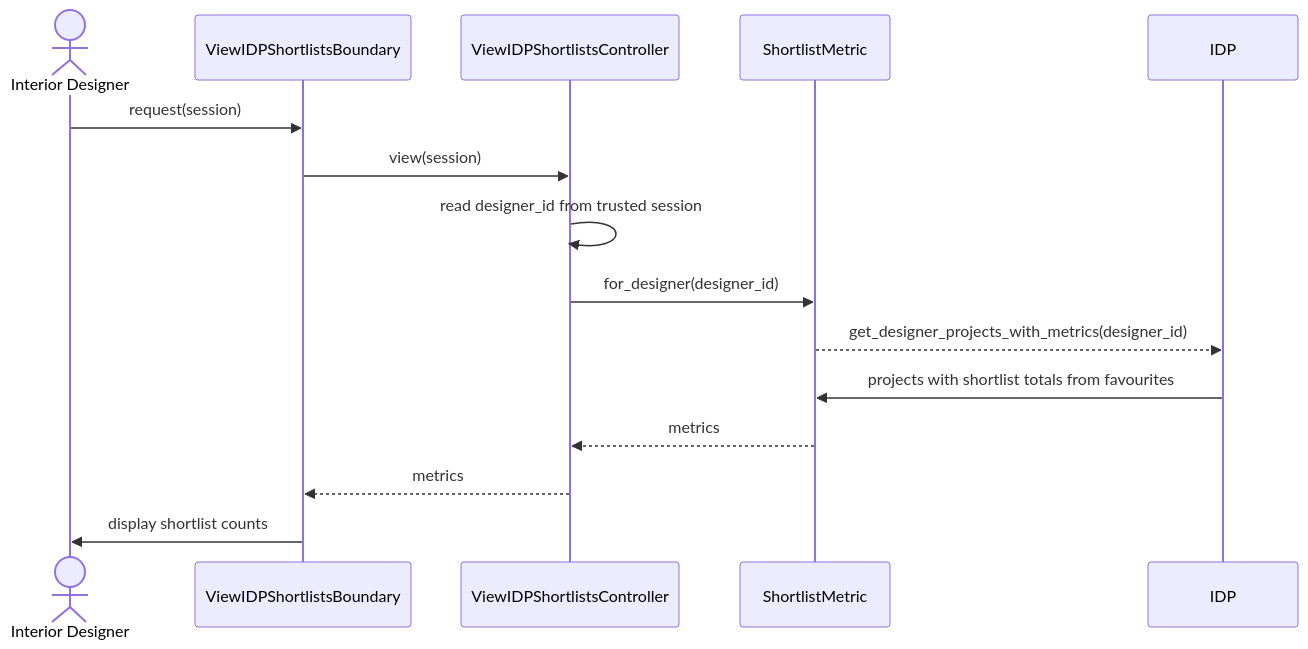
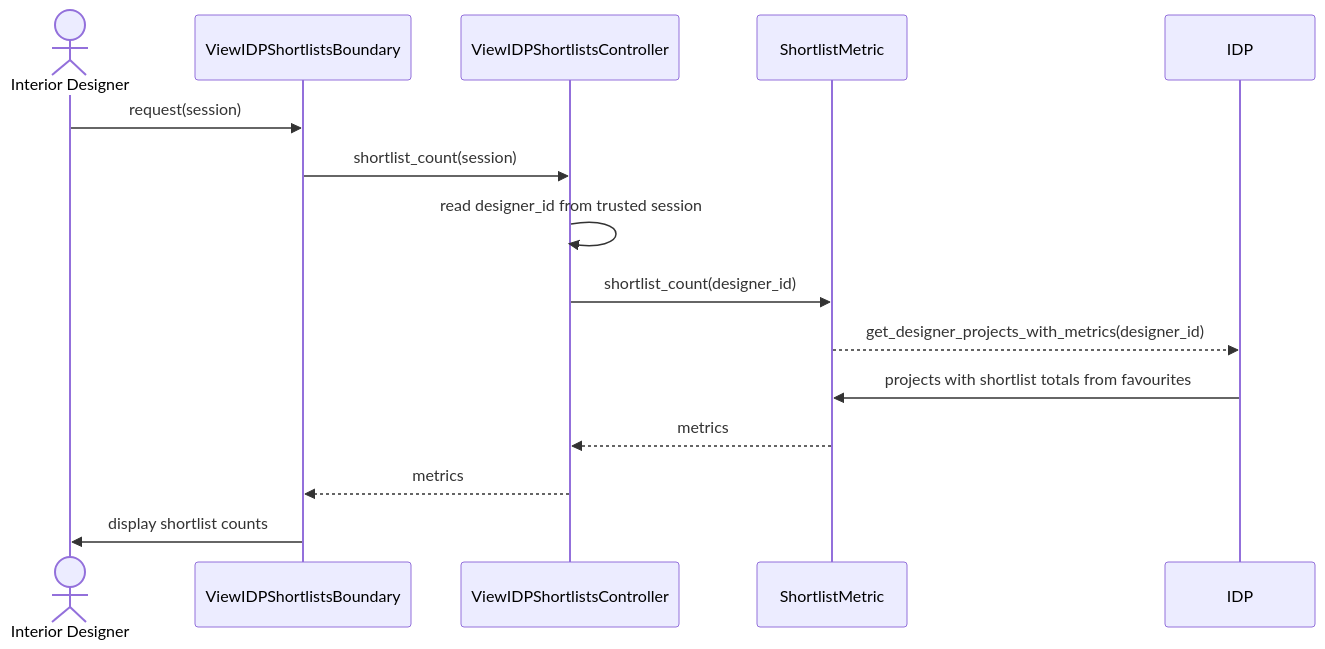
One commit to boyinapuddle/CSIT314-Chinese changed the second of 2 diagrams in diagrams/US38_View_IDP_Shortlist_Count/README.md. Above: the diagram before and after it, drawn with Mermaid. The commit also changed other lines of this file and 140 other files, not shown here.

````diff
--- a/diagrams/US38_View_IDP_Shortlist_Count/README.md
+++ b/diagrams/US38_View_IDP_Shortlist_Count/README.md
@@ -23,17 +23,17 @@
 ```mermaid
 sequenceDiagram
     actor P0 as Interior Designer
     participant P1 as ViewIDPShortlistsBoundary
     participant P2 as ViewIDPShortlistsController
     participant P3 as ShortlistMetric
     participant P4 as IDP
     P0->>P1: request(session)
-    P1->>P2: view(session)
+    P1->>P2: shortlist_count(session)
     P2->>P2: read designer_id from trusted session
-    P2->>P3: for_designer(designer_id)
+    P2->>P3: shortlist_count(designer_id)
     P3-->>P4: get_designer_projects_with_metrics(designer_id)
     P4->>P3: projects with shortlist totals from favourites
     P3-->>P2: metrics
     P2-->>P1: metrics
     P1->>P0: display shortlist counts
 ```
````
